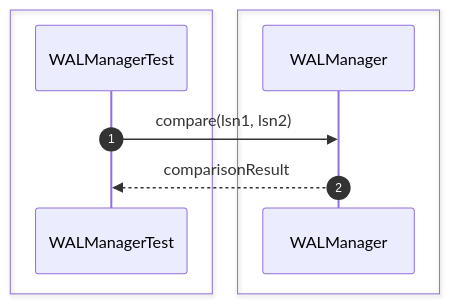
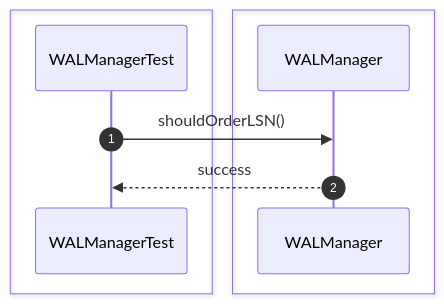
One commit to Huy1801214/dbms-architecture changed the fourth of 28 diagrams in src/sequence/recovery.md. Above: the diagram before and after it, drawn with Mermaid. The commit also changed other lines of this file and 68 other files, not shown here.

Commit message:
implement comprehensive unit test suite and architectural sequence documentation

````diff
--- a/src/sequence/recovery.md
+++ b/src/sequence/recovery.md
@@ -59,14 +51,13 @@
 ```mermaid
 sequenceDiagram
     autonumber
-
     box #e1f5fe Test Suite
     participant Test as WALManagerTest
     end
-    box #ffebee Recovery Components
-    participant WAL as WALManager
+    box #ffebee WALManager Component
+    participant WALM as WALManager
     end
 
-    Test->>WAL: compare(lsn1, lsn2)
-    WAL-->>Test: comparisonResult
+    Test->>WALM: shouldOrderLSN()
+    WALM-->>Test: success
 ```
````
